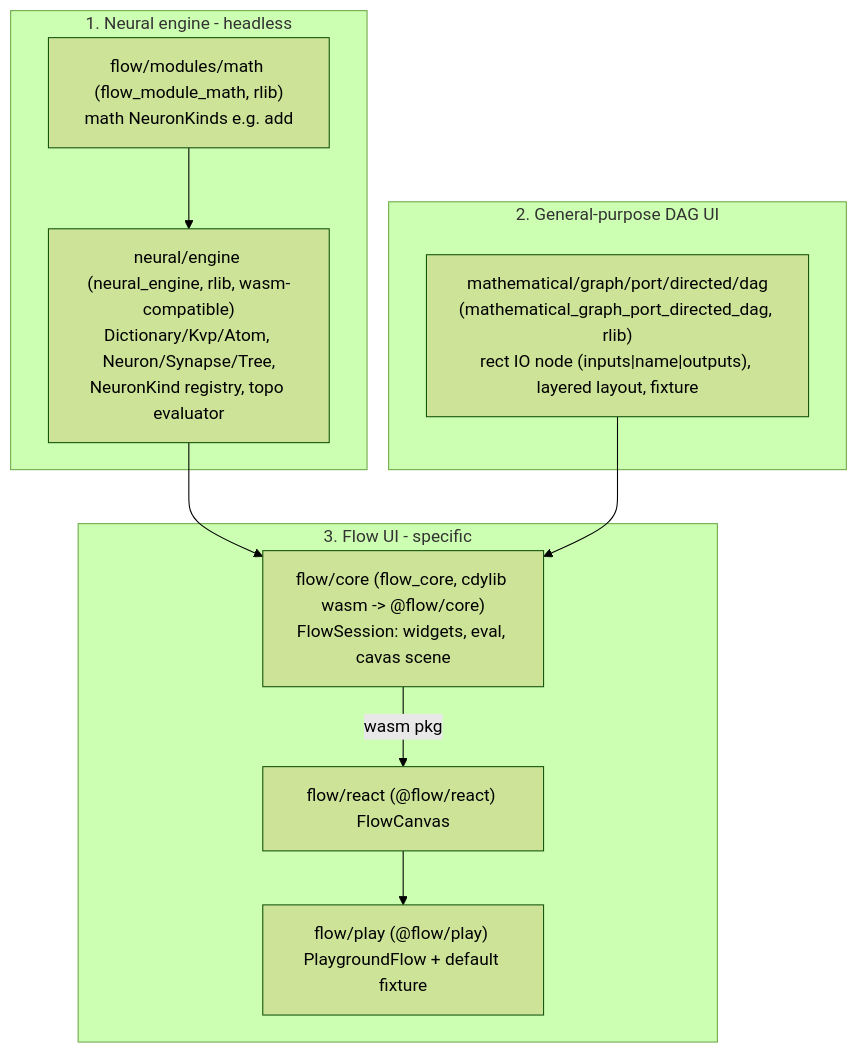
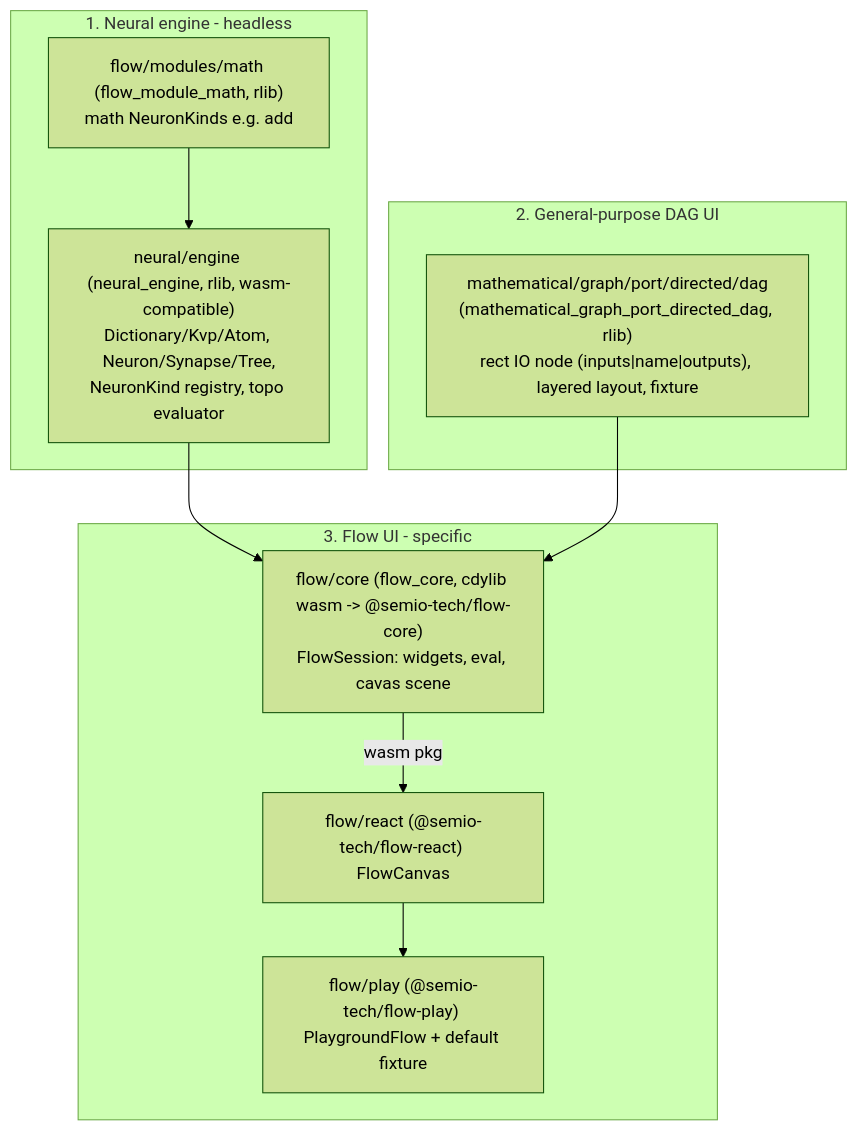
One commit to usalu/semio changed the diagram in .repo/🎫/26/06/07/FLOW-LANGUAGE-VERTICAL-SLICE/flow_language_slice_0a888bfc.plan.md. Above: the diagram before and after it, drawn with Mermaid (forest theme). The commit also changed other lines of this file and 1282 other files, not shown here.

````diff
--- a/.repo/🎫/26/06/07/FLOW-LANGUAGE-VERTICAL-SLICE/flow_language_slice_0a888bfc.plan.md
+++ b/.repo/🎫/26/06/07/FLOW-LANGUAGE-VERTICAL-SLICE/flow_language_slice_0a888bfc.plan.md
@@ -44,20 +44,20 @@
 ```mermaid
 flowchart TD
     subgraph p1 [1. Neural engine - headless]
       ENG["neural/engine (neural_engine, rlib, wasm-compatible)<br/>Dictionary/Kvp/Atom, Neuron/Synapse/Tree,<br/>NeuronKind registry, topo evaluator"]
       MATH["flow/modules/math (flow_module_math, rlib)<br/>math NeuronKinds e.g. add"]
     end
     subgraph p2 [2. General-purpose DAG UI]
       DAG["mathematical/graph/port/directed/dag<br/>(mathematical_graph_port_directed_dag, rlib)<br/>rect IO node (inputs|name|outputs), layered layout, fixture"]
     end
     subgraph p3 [3. Flow UI - specific]
-      CORE["flow/core (flow_core, cdylib wasm -> @flow/core)<br/>FlowSession: widgets, eval, cavas scene"]
-      REACT["flow/react (@flow/react) FlowCanvas"]
-      PLAY["flow/play (@flow/play) PlaygroundFlow + default fixture"]
+      CORE["flow/core (flow_core, cdylib wasm -> @semio-tech/flow-core)<br/>FlowSession: widgets, eval, cavas scene"]
+      REACT["flow/react (@semio-tech/flow-react) FlowCanvas"]
+      PLAY["flow/play (@semio-tech/flow-play) PlaygroundFlow + default fixture"]
     end
     MATH --> ENG
     ENG --> CORE
     DAG --> CORE
     CORE -->|wasm pkg| REACT
     REACT --> PLAY
 ```
````
